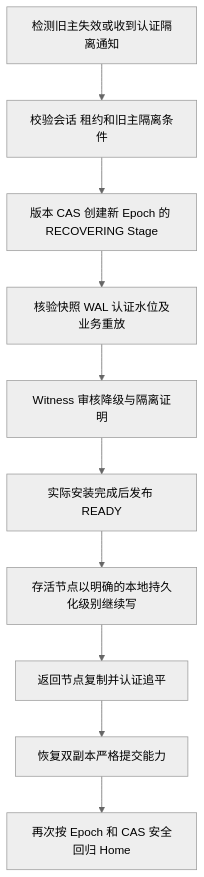
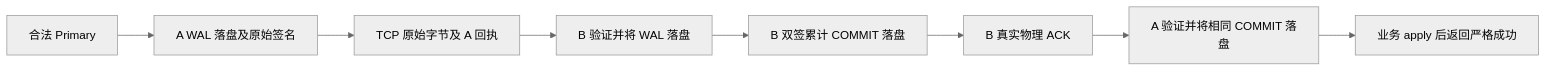
The diagram in docs/T554_CLUSTER_MECHANISM_REVIEW_20261113.zh-CN.md (bliplink/dc-quant-deploy), drawn with Mermaid (neutral theme) before and after one commit. The commit also changed other lines of this file and 2 other files, not shown here.

Commit message:
docs(t554): consolidate current architecture, exact-JAR qualification and acceptance gaps

````diff
--- a/docs/T554_CLUSTER_MECHANISM_REVIEW_20261113.zh-CN.md
+++ b/docs/T554_CLUSTER_MECHANISM_REVIEW_20261113.zh-CN.md
@@ -393,12 +36,10 @@
 ```mermaid
-flowchart TD
-    A[检测旧主失效或收到认证隔离通知] --> B[校验会话 租约和旧主隔离条件]
-    B --> C[版本 CAS 创建新 Epoch 的 RECOVERING Stage]
-    C --> D[核验快照 WAL 认证水位及业务重放]
-    D --> E[Witness 审核降级与隔离证明]
-    E --> F[实际安装完成后发布 READY]
-    F --> G[存活节点以明确的本地持久化级别继续写]
-    G --> H[返回节点复制并认证追平]
-    H --> I[恢复双副本严格提交能力]
-    I --> J[再次按 Epoch 和 CAS 安全回归 Home]
+flowchart LR
+  P[合法 Primary] --> AW[A WAL 落盘及原始签名]
+  AW --> TCP[TCP 原始字节及 A 回执]
+  TCP --> BW[B 验证并将 WAL 落盘]
+  BW --> BI[B 双签累计 COMMIT 落盘]
+  BI --> ACK[B 真实物理 ACK]
+  ACK --> AI[A 验证并将相同 COMMIT 落盘]
+  AI --> APPLY[业务 apply 后返回严格成功]
 ```
````
